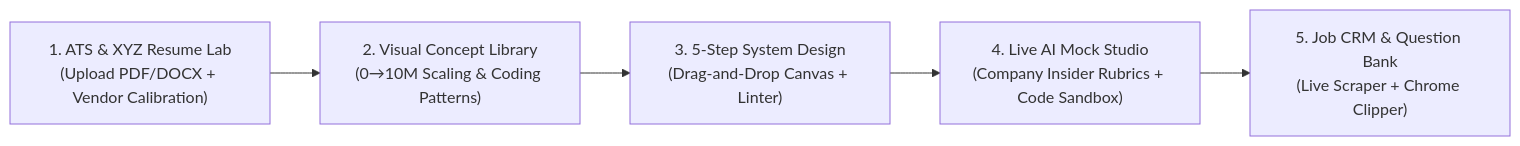
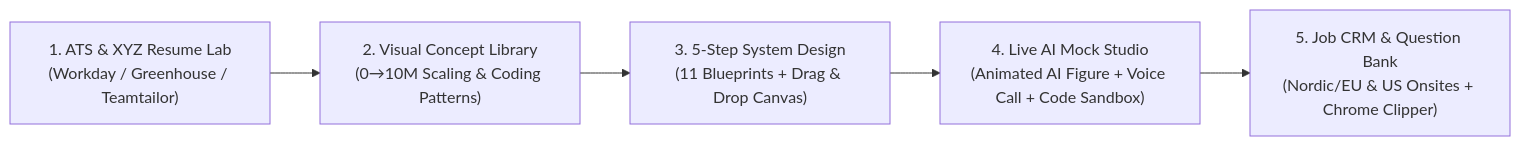
The diagram in README.md (cheop-byeon/InterviewOS), drawn with Mermaid before and after one commit. The commit also changed other lines of this file and 1 other file, not shown here.

Commit message:
Update README.md with Nordic/European localization & AI Avatar docs, and add all-in-one start.sh launcher

````diff
--- a/README.md
+++ b/README.md
@@ -11,7 +36,7 @@
 ```mermaid
 flowchart LR
-    A["1. ATS & XYZ Resume Lab<br/>(Upload PDF/DOCX + Vendor Calibration)"] --> B["2. Visual Concept Library<br/>(0→10M Scaling & Coding Patterns)"]
-    B --> C["3. 5-Step System Design<br/>(Drag-and-Drop Canvas + Linter)"]
-    C --> D["4. Live AI Mock Studio<br/>(Company Insider Rubrics + Code Sandbox)"]
-    D --> E["5. Job CRM & Question Bank<br/>(Live Scraper + Chrome Clipper)"]
+    A["1. ATS & XYZ Resume Lab<br/>(Workday / Greenhouse / Teamtailor)"] --> B["2. Visual Concept Library<br/>(0→10M Scaling & Coding Patterns)"]
+    B --> C["3. 5-Step System Design<br/>(11 Blueprints + Drag & Drop Canvas)"]
+    C --> D["4. Live AI Mock Studio<br/>(Animated AI Figure + Voice Call + Code Sandbox)"]
+    D --> E["5. Job CRM & Question Bank<br/>(Nordic/EU & US Onsites + Chrome Clipper)"]
 ```
````
